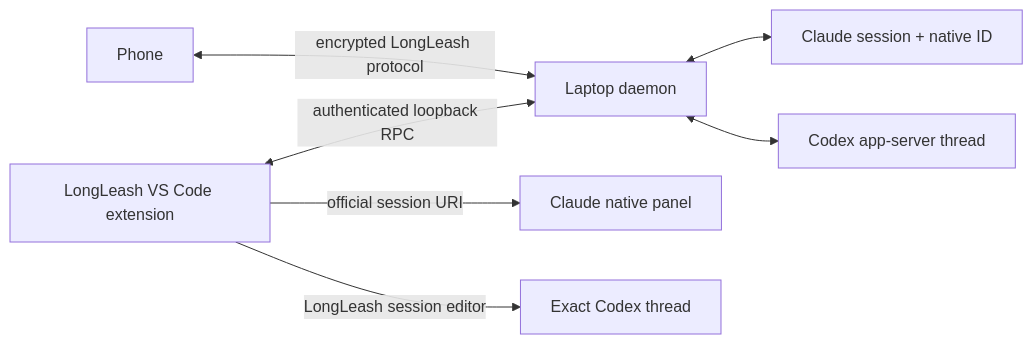
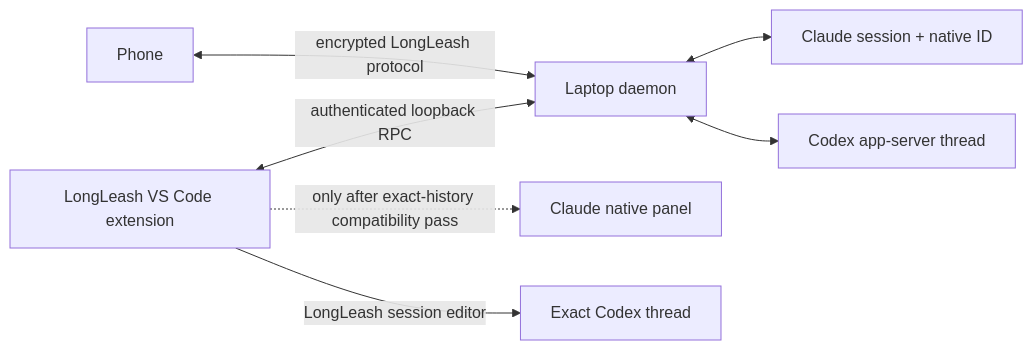
One commit to Sahith59/LongLe-sh changed the first of 2 diagrams in docs/VSCODE-EXTENSION.md. Above: the diagram before and after it, drawn with Mermaid. The commit also changed other lines of this file and 34 other files, not shown here.

````diff
--- a/docs/VSCODE-EXTENSION.md
+++ b/docs/VSCODE-EXTENSION.md
@@ -41,9 +45,9 @@
 ```mermaid
 flowchart LR
     P["Phone"] <-->|"encrypted LongLeash protocol"| D["Laptop daemon"]
     E["LongLeash VS Code extension"] <-->|"authenticated loopback RPC"| D
     D <--> C["Claude session + native ID"]
     D <--> X["Codex app-server thread"]
-    E -->|"official session URI"| CP["Claude native panel"]
+    E -.->|"only after exact-history compatibility pass"| CP["Claude native panel"]
     E -->|"LongLeash session editor"| XP["Exact Codex thread"]
 ```
````
